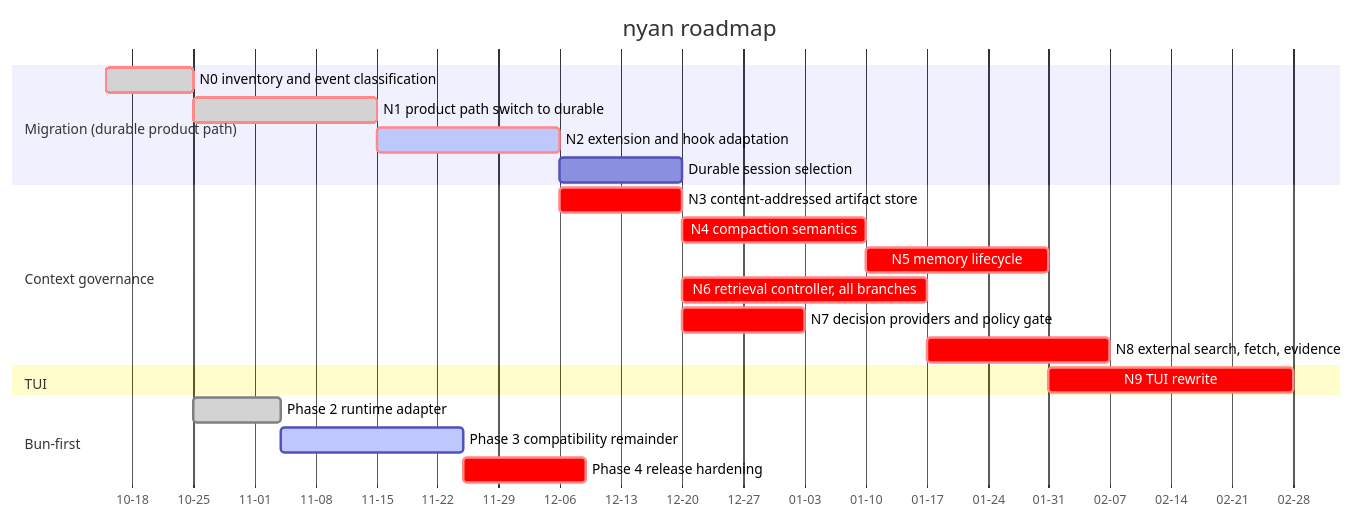
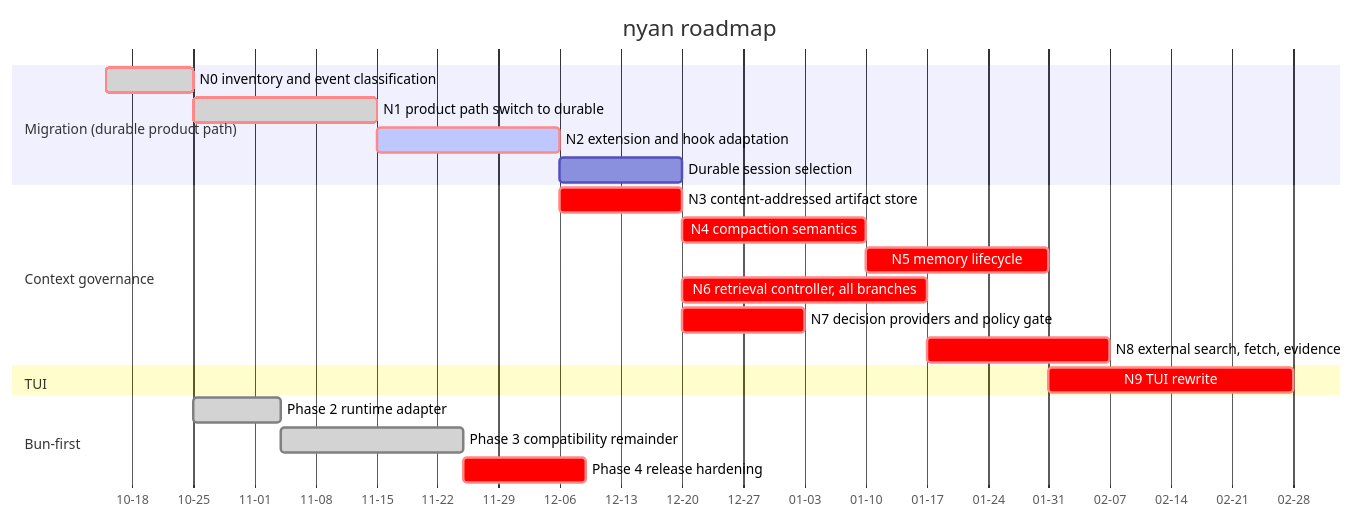
One commit to blxzer77/nyan changed the diagram in ROADMAP.md. Above: the diagram before and after it, drawn with Mermaid. The commit also changed other lines of this file, not shown here.

Commit message:
docs: close Bun Phase 3 and split N2 into parallel tasks C and B in the roadmap

````diff
--- a/ROADMAP.md
+++ b/ROADMAP.md
@@ -13,28 +13,28 @@
 ```mermaid
 gantt
     title nyan roadmap
     dateFormat YYYY-MM-DD
     axisFormat %m-%d
 
     section Migration (durable product path)
     N0 inventory and event classification :done, crit, n0, 2026-10-15, 10d
     N1 product path switch to durable :done, crit, n1, after n0, 21d
     N2 extension and hook adaptation :active, crit, n2, after n1, 21d
     Durable session selection :n2s, after n2, 14d
 
     section Context governance
     N3 content-addressed artifact store :crit, n3, after n2, 14d
     N4 compaction semantics :crit, n4, after n3, 21d
     N5 memory lifecycle :crit, n5, after n4, 21d
     N6 retrieval controller, all branches :crit, n6, after n3, 28d
     N7 decision providers and policy gate :crit, n7, after n3, 14d
     N8 external search, fetch, evidence :crit, n8, after n6, 21d
 
     section TUI
     N9 TUI rewrite :crit, n9, after n5, 28d
 
     section Bun-first
     Phase 2 runtime adapter :done, bun2, after n0, 10d
-    Phase 3 compatibility remainder :active, bun3, after bun2, 21d
+    Phase 3 compatibility remainder :done, bun3, after bun2, 21d
     Phase 4 release hardening :crit, bun4, after bun3, 14d
 ```
````
